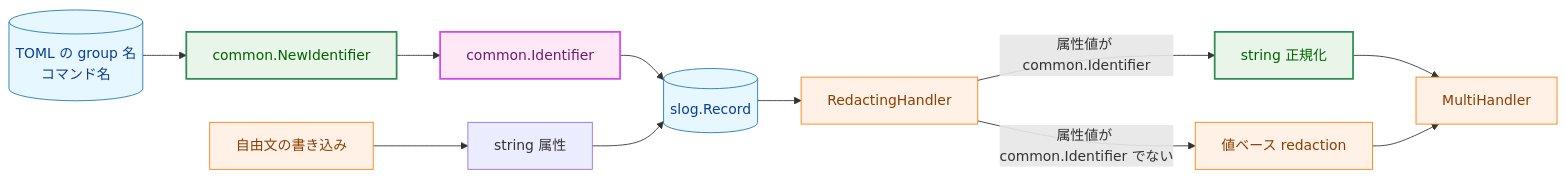
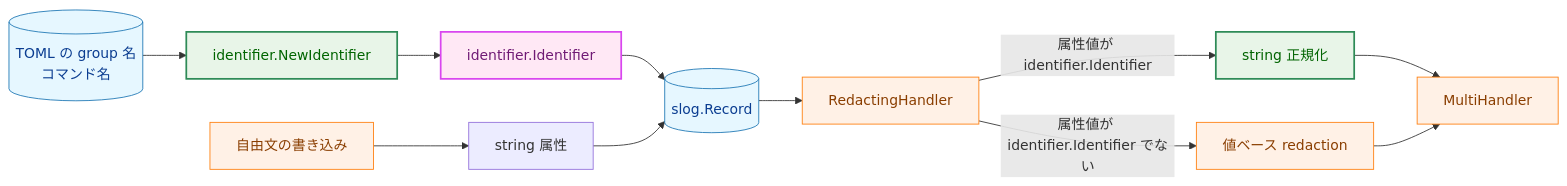
The first of 12 diagrams in docs/tasks/0173_identifier_redaction_exemption/02_architecture.md (isseis/go-safe-cmd-runner), drawn with Mermaid before and after one commit. The commit also changed other lines of this file and 2 other files, not shown here.

Commit message:
docs(0173): move Identifier to a leaf package and re-draft documents

````diff
--- a/docs/tasks/0173_identifier_redaction_exemption/02_architecture.md
+++ b/docs/tasks/0173_identifier_redaction_exemption/02_architecture.md
@@ -47,34 +47,34 @@
 ```mermaid
 flowchart LR
     classDef data fill:#e6f7ff,stroke:#1f77b4,stroke-width:1px,color:#0b3d91;
     classDef process fill:#fff1e6,stroke:#ff7f0e,stroke-width:1px,color:#8a3e00;
     classDef enhanced fill:#e8f5e8,stroke:#2e8b57,stroke-width:2px,color:#006400;
     classDef newpkg fill:#ffe8f5,stroke:#d946ef,stroke-width:2px,color:#701a75;
 
     CFG[("TOML の group 名<br>コマンド名")]
-    PROD["common.NewIdentifier"]
+    PROD["identifier.NewIdentifier"]
     FREE["自由文の書き込み"]
-    ID["common.Identifier"]
+    ID["identifier.Identifier"]
     MSG["string 属性"]
     REC[("slog.Record")]
     RH["RedactingHandler"]
     EX["string 正規化"]
     VC["値ベース redaction"]
     OUT["MultiHandler"]
 
     CFG --> PROD
     PROD --> ID
     FREE --> MSG
     ID --> REC
     MSG --> REC
     REC --> RH
-    RH -->|"属性値が common.Identifier"| EX
-    RH -->|"属性値が common.Identifier でない"| VC
+    RH -->|"属性値が identifier.Identifier"| EX
+    RH -->|"属性値が identifier.Identifier でない"| VC
     EX --> OUT
     VC --> OUT
 
     class CFG,REC data
     class FREE,RH,VC,OUT process
     class PROD,EX enhanced
     class ID newpkg
 ```
````
